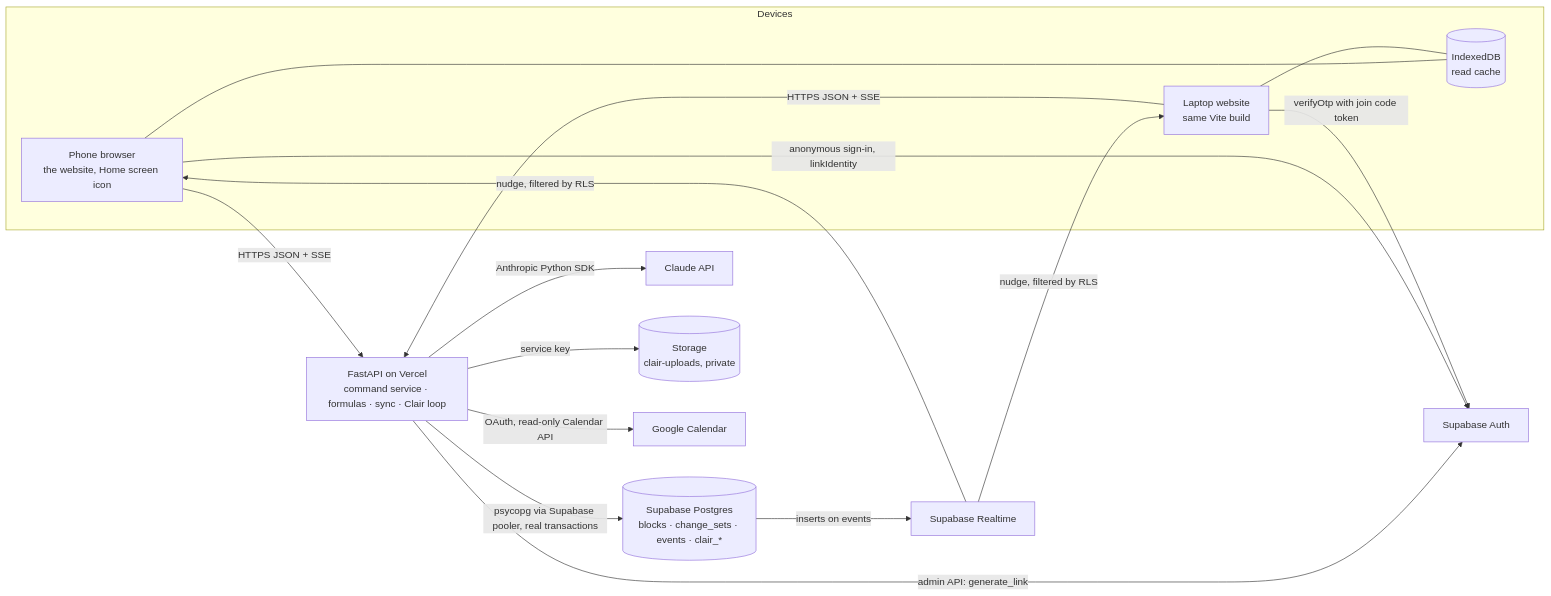
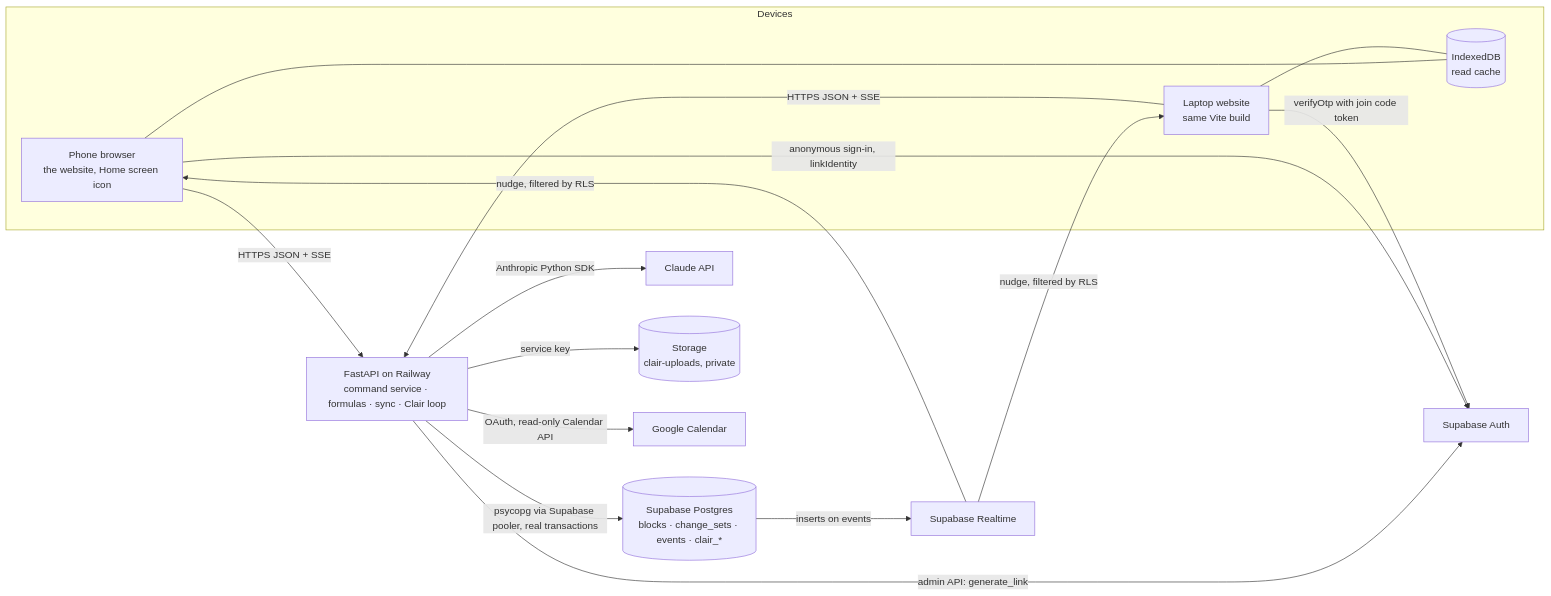
One commit to Loadingname91/DevDayHackathon changed the diagram in spec/backend.md. Above: the diagram before and after it, drawn with Mermaid. The commit also changed other lines of this file and 14 other files, not shown here.

First line of the commit message:
Split the build by owner, move the API to Railway, drop the setup doc

````diff
--- a/spec/backend.md
+++ b/spec/backend.md
@@ -15,23 +15,23 @@
 ```mermaid
 flowchart LR
   subgraph Devices
     APK["Phone browser<br/>the website, Home screen icon"]
     WEB["Laptop website<br/>same Vite build"]
     IDB[("IndexedDB<br/>read cache")]
   end
   APK -->|HTTPS JSON + SSE| API
   WEB -->|HTTPS JSON + SSE| API
   APK --- IDB
   WEB --- IDB
-  API["FastAPI on Vercel<br/>command service · formulas · sync · Clair loop"]
+  API["FastAPI on Railway<br/>command service · formulas · sync · Clair loop"]
   API -->|psycopg via Supabase pooler, real transactions| PG[("Supabase Postgres<br/>blocks · change_sets · events · clair_*")]
   API -->|Anthropic Python SDK| CLAUDE["Claude API"]
   API -->|service key| ST[("Storage<br/>clair-uploads, private")]
   API -->|admin API: generate_link| AUTH["Supabase Auth"]
   API -->|OAuth, read-only Calendar API| GCAL["Google Calendar"]
   APK -->|anonymous sign-in, linkIdentity| AUTH
   WEB -->|verifyOtp with join code token| AUTH
   PG -->|inserts on events| RT["Supabase Realtime"]
   RT -->|nudge, filtered by RLS| APK
   RT -->|nudge, filtered by RLS| WEB
 ```
````
